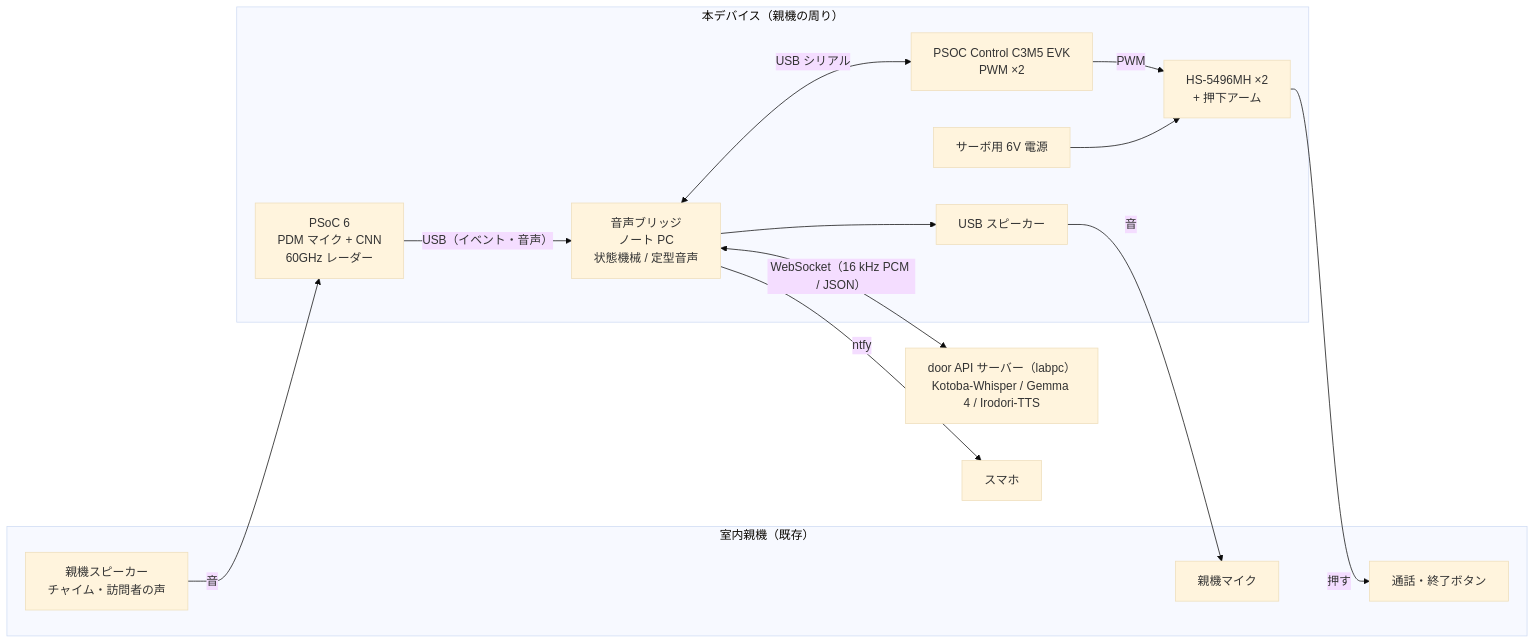
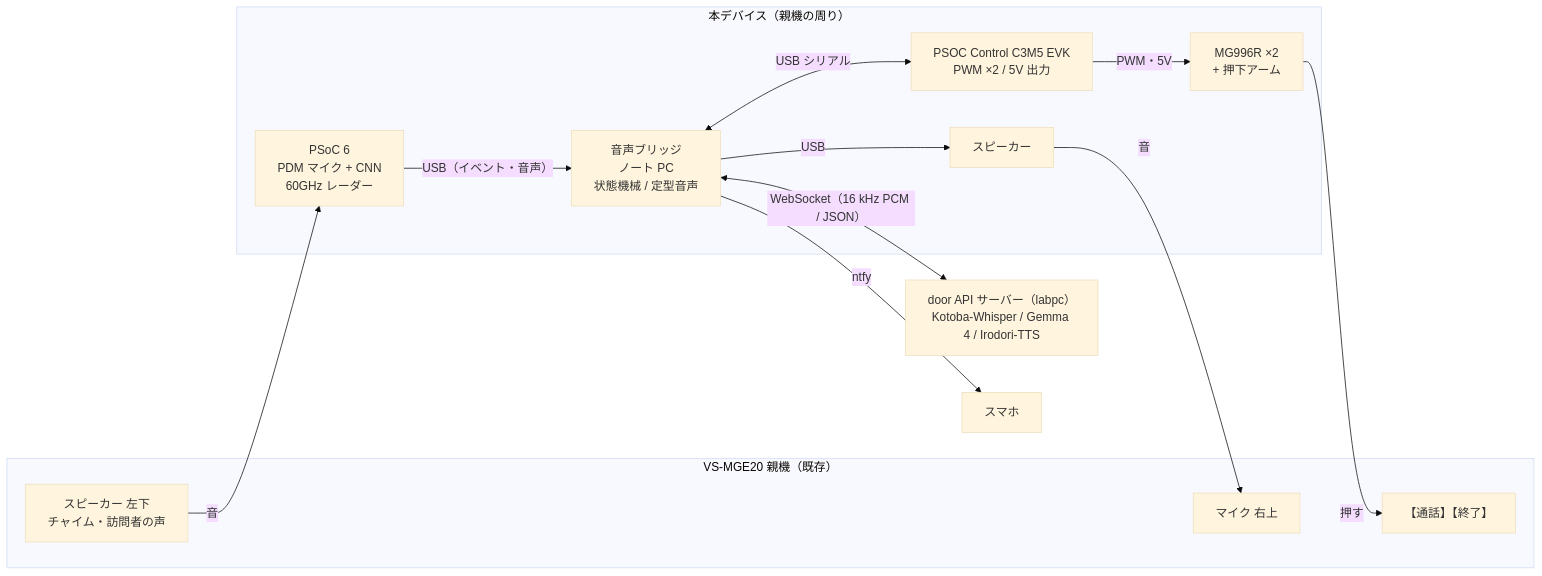
The first of 2 diagrams in docs/spec.md (jphacks/tka_2601), drawn with Mermaid (base theme) before and after one commit. The commit also changed other lines of this file and 1 other file, not shown here.

First line of the commit message:
Update spec to v0.5 for VS-SGE20LA intercom and MG996R servos

````diff
--- a/docs/spec.md
+++ b/docs/spec.md
@@ -173,29 +179,27 @@
 ```mermaid
 flowchart LR
-  subgraph Intercom[室内親機（既存）]
-    SPK_I[親機スピーカー<br/>チャイム・訪問者の声]
-    MIC_I[親機マイク]
-    BTN[通話・終了ボタン]
+  subgraph Intercom[VS-MGE20 親機（既存）]
+    SPK_I[スピーカー 左下<br/>チャイム・訪問者の声]
+    MIC_I[マイク 右上]
+    BTN[【通話】【終了】]
   end
 
   subgraph Device[本デバイス（親機の周り）]
     P6[PSoC 6<br/>PDM マイク + CNN<br/>60GHz レーダー]
-    C3[PSOC Control C3M5 EVK<br/>PWM ×2]
-    SV[HS-5496MH ×2<br/>+ 押下アーム]
-    PWR[サーボ用 6V 電源]
-    USPK[USB スピーカー]
+    C3[PSOC Control C3M5 EVK<br/>PWM ×2 / 5V 出力]
+    SV[MG996R ×2<br/>+ 押下アーム]
+    SPK[スピーカー]
     BR[音声ブリッジ<br/>ノート PC<br/>状態機械 / 定型音声]
   end
 
   SRV[door API サーバー（labpc）<br/>Kotoba-Whisper / Gemma 4 / Irodori-TTS]
   PHONE[スマホ]
 
   SPK_I -- 音 --> P6
   P6 -- USB（イベント・音声） --> BR
   BR <-- USB シリアル --> C3
-  C3 -- PWM --> SV -- 押す --> BTN
-  PWR --> SV
-  BR --> USPK -- 音 --> MIC_I
+  C3 -- PWM・5V --> SV -- 押す --> BTN
+  BR -- USB --> SPK -- 音 --> MIC_I
   BR <-- WebSocket（16 kHz PCM / JSON） --> SRV
   BR -- ntfy --> PHONE
 ```
````
